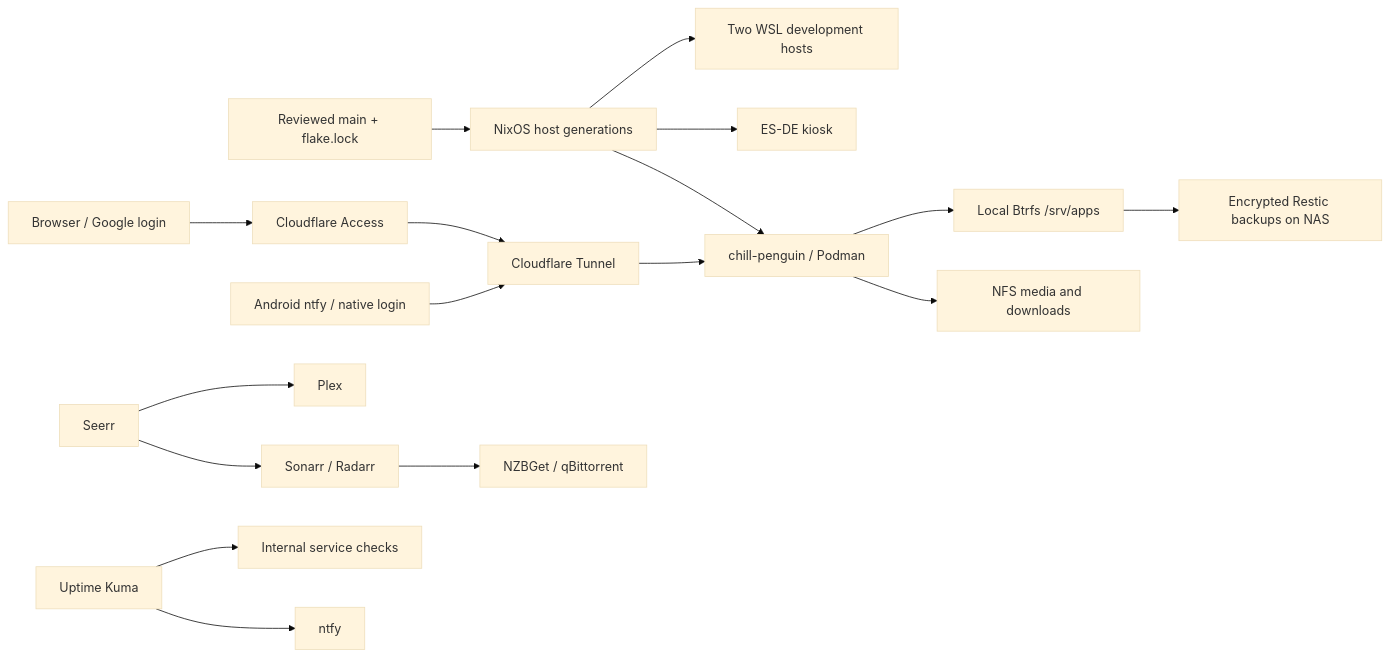
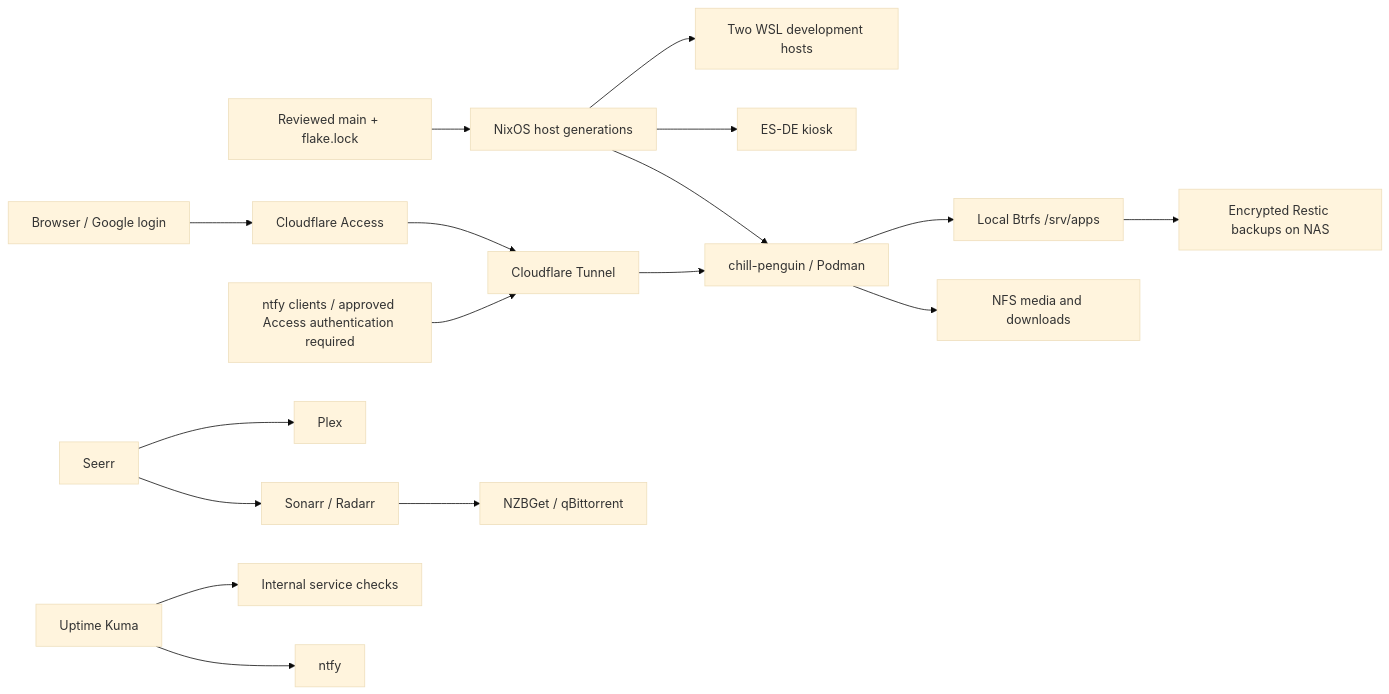
One commit to caelx/nixos-config changed the diagram in docs/fleet-operations.md. Above: the diagram before and after it, drawn with Mermaid (base theme). The commit also changed other lines of this file and 22 other files, not shown here.

````diff
--- a/docs/fleet-operations.md
+++ b/docs/fleet-operations.md
@@ -15,19 +15,19 @@
 ```mermaid
 flowchart LR
   Git[Reviewed main + flake.lock] --> Nix[NixOS host generations]
   Nix --> WSL[Two WSL development hosts]
   Nix --> Boomer[ES-DE kiosk]
   Nix --> Penguin[chill-penguin / Podman]
   Browser[Browser / Google login] --> Access[Cloudflare Access]
   Access --> Tunnel[Cloudflare Tunnel]
-  Android[Android ntfy / native login] --> Tunnel
+  Android[ntfy clients / approved Access authentication required] --> Tunnel
   Tunnel --> Penguin
   Penguin --> Local[Local Btrfs /srv/apps]
   Penguin --> NAS[NFS media and downloads]
   Local --> Restic[Encrypted Restic backups on NAS]
   Seerr --> Plex
   Seerr --> Arr[Sonarr / Radarr]
   Arr --> Downloads[NZBGet / qBittorrent]
   Kuma[Uptime Kuma] --> Services[Internal service checks]
   Kuma --> ntfy
 ```
````
